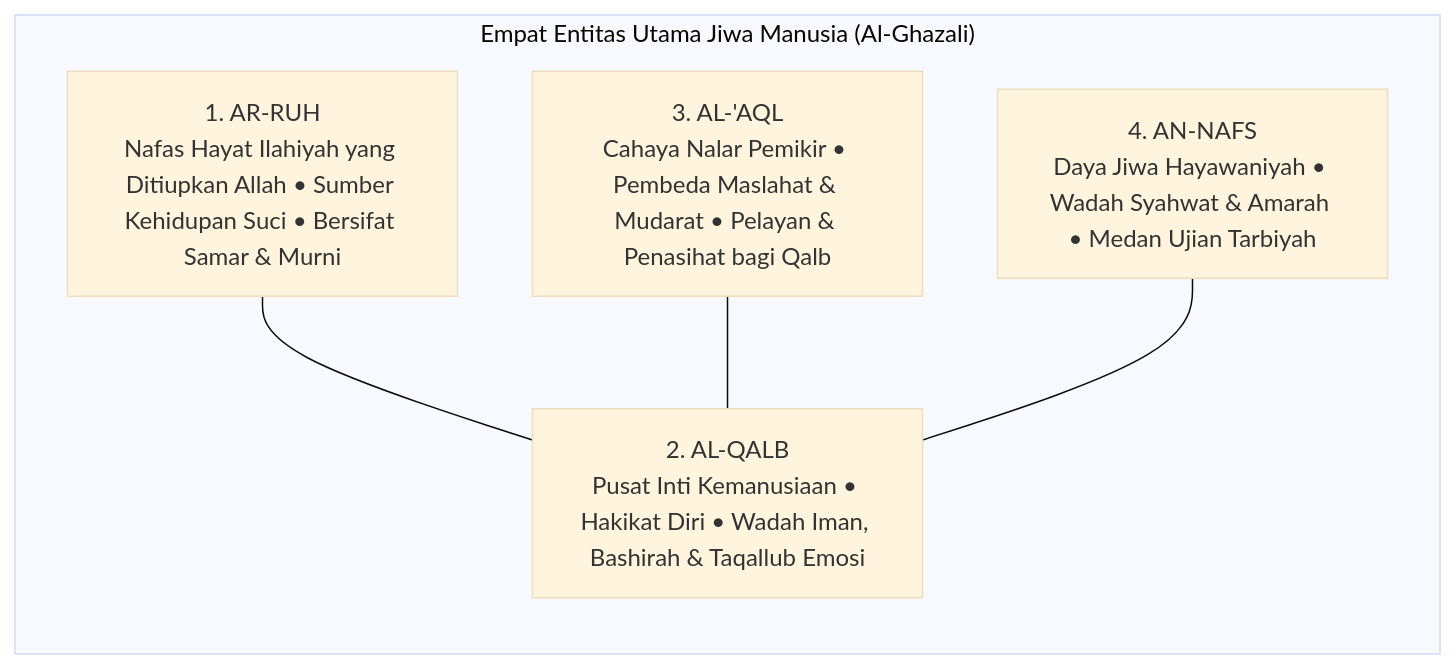
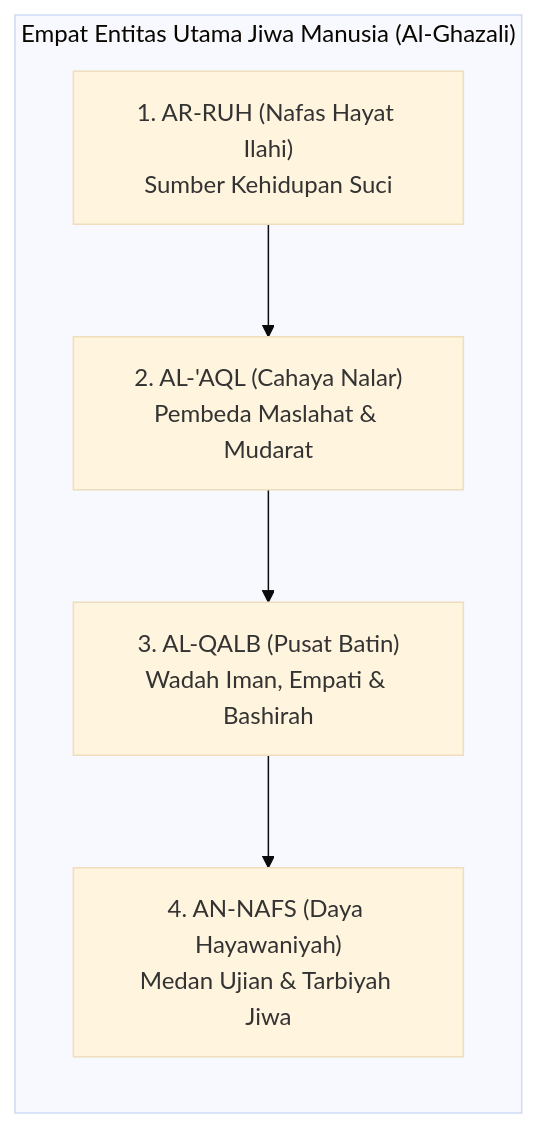
The second of 6 diagrams in BOOK Series 1/01-The-Fundamental-of-TUMBUH/Bab-04-Antropologi-Jiwa-Santri-Hakikat-Fitrah-dan-Komponen-Kejiwaan.md (wandiapriliyandi/tumbuh), drawn with Mermaid (base theme) before and after one commit. The commit also changed other lines of this file and 35 other files, not shown here.

Commit message:
fix(book-01): optimasi keterbacaan diagram mermaid pada seluruh bab dan perbarui 20 file PDF

````diff
--- a/BOOK Series 1/01-The-Fundamental-of-TUMBUH/Bab-04-Antropologi-Jiwa-Santri-Hakikat-Fitrah-dan-Komponen-Kejiwaan.md
+++ b/BOOK Series 1/01-The-Fundamental-of-TUMBUH/Bab-04-Antropologi-Jiwa-Santri-Hakikat-Fitrah-dan-Komponen-Kejiwaan.md
@@ -61,13 +61,10 @@
 ```mermaid
-graph LR
+graph TD
     subgraph ANATOMI_JIWA_ISLAM["Empat Entitas Utama Jiwa Manusia (Al-Ghazali)"]
-        R["1. AR-RUH<br/>Nafas Hayat Ilahiyah yang Ditiupkan Allah • Sumber Kehidupan Suci • Bersifat Samar & Murni"]
-        Q["2. AL-QALB<br/>Pusat Inti Kemanusiaan • Hakikat Diri • Wadah Iman, Bashirah & Taqallub Emosi"]
-        A["3. AL-'AQL<br/>Cahaya Nalar Pemikir • Pembeda Maslahat & Mudarat • Pelayan & Penasihat bagi Qalb"]
-        N["4. AN-NAFS<br/>Daya Jiwa Hayawaniyah • Wadah Syahwat & Amarah • Medan Ujian Tarbiyah"]
+        direction TB
+        R["1. AR-RUH (Nafas Hayat Ilahi)<br/>Sumber Kehidupan Suci"]
+        --> A["2. AL-'AQL (Cahaya Nalar)<br/>Pembeda Maslahat & Mudarat"]
+        --> Q["3. AL-QALB (Pusat Batin)<br/>Wadah Iman, Empati & Bashirah"]
+        --> N["4. AN-NAFS (Daya Hayawaniyah)<br/>Medan Ujian & Tarbiyah Jiwa"]
     end
-
-    R --- Q
-    A --- Q
-    N --- Q
 ```
````
